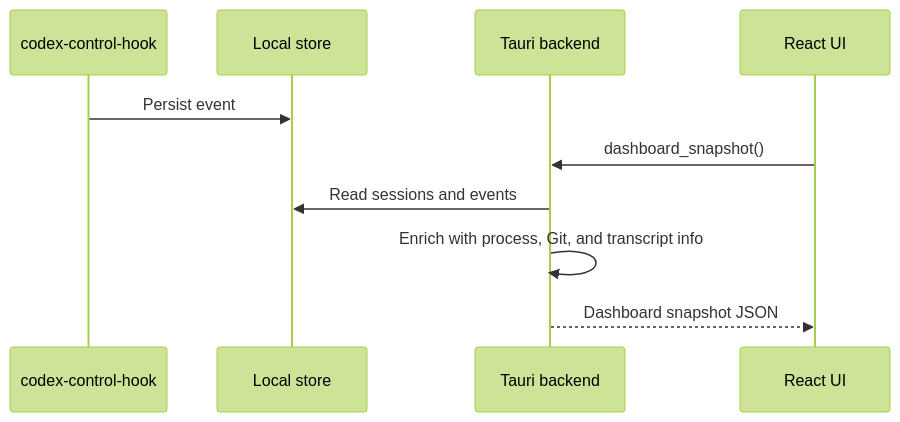
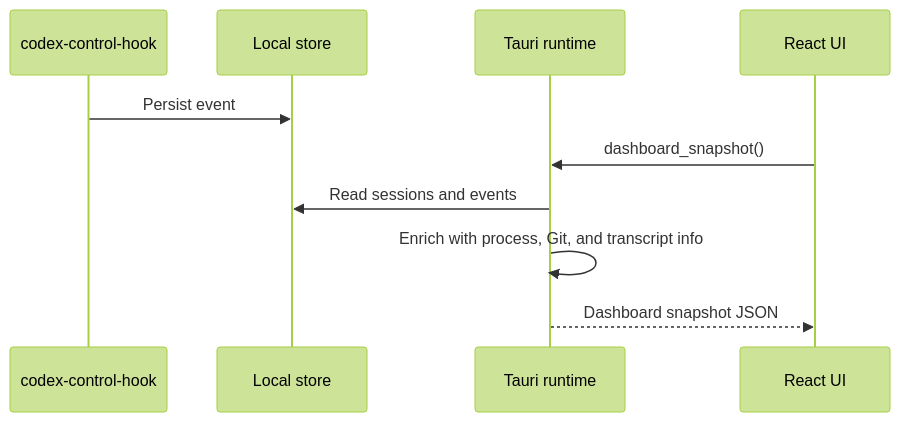
The second of 2 diagrams in docs/architecture.md (albertbac/codex-control), drawn with Mermaid (forest theme) before and after one commit. The commit also changed other lines of this file and 13 other files, not shown here.

````diff
--- a/docs/architecture.md
+++ b/docs/architecture.md
@@ -55,12 +55,12 @@
 ```mermaid
 sequenceDiagram
   participant Hook as codex-control-hook
   participant Store as Local store
-  participant Desktop as Tauri backend
+  participant Desktop as Tauri runtime
   participant UI as React UI
   Hook->>Store: Persist event
   UI->>Desktop: dashboard_snapshot()
   Desktop->>Store: Read sessions and events
   Desktop->>Desktop: Enrich with process, Git, and transcript info
   Desktop-->>UI: Dashboard snapshot JSON
 ```
````
